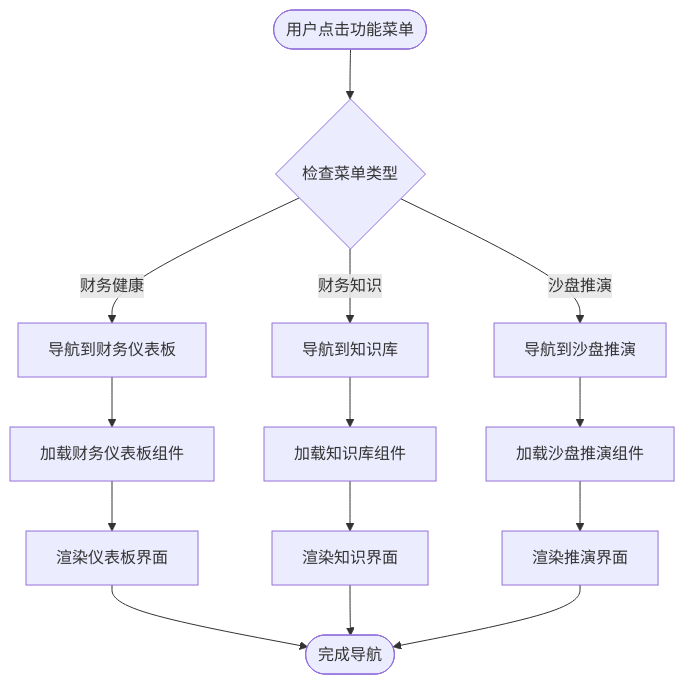
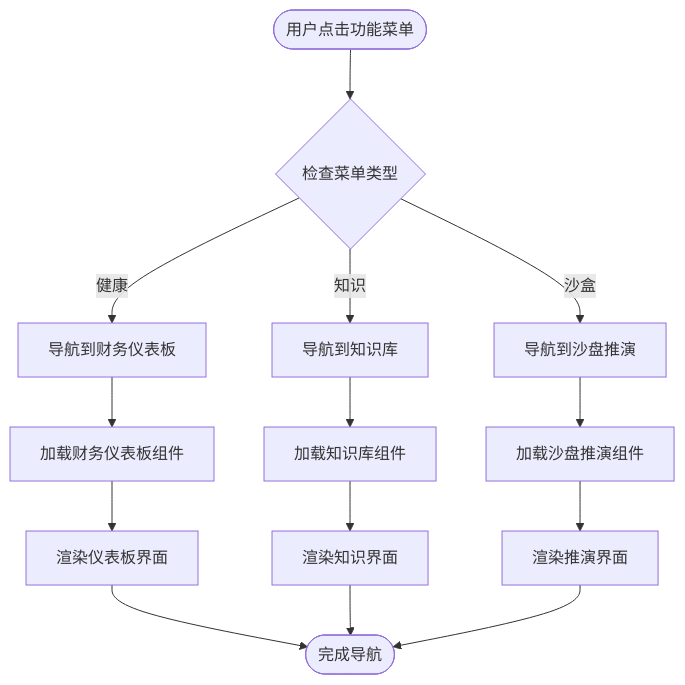
Before and after one commit to xiao-lin-unit/yuan: the fourth of 5 diagrams in .qoder/repowiki/zh/content/More Features.md, drawn with Mermaid. The commit also changed other lines of this file and 11 other files, not shown here.

````diff
--- a/.qoder/repowiki/zh/content/More Features.md
+++ b/.qoder/repowiki/zh/content/More Features.md
@@ -170,16 +193,16 @@
 ```mermaid
 flowchart TD
 Start([用户点击功能菜单]) --> CheckType{"检查菜单类型"}
-CheckType --> |财务健康| NavigateDashboard["导航到财务仪表板"]
-CheckType --> |财务知识| NavigateKnowledge["导航到知识库"]
-CheckType --> |沙盘推演| NavigateSandbox["导航到沙盘推演"]
+CheckType --> |健康| NavigateDashboard["导航到财务仪表板"]
+CheckType --> |知识| NavigateKnowledge["导航到知识库"]
+CheckType --> |沙盒| NavigateSandbox["导航到沙盘推演"]
 NavigateDashboard --> LoadDashboard["加载财务仪表板组件"]
 NavigateKnowledge --> LoadKnowledge["加载知识库组件"]
 NavigateSandbox --> LoadSandbox["加载沙盘推演组件"]
 LoadDashboard --> RenderDashboard["渲染仪表板界面"]
 LoadKnowledge --> RenderKnowledge["渲染知识界面"]
 LoadSandbox --> RenderSandbox["渲染推演界面"]
 RenderDashboard --> End([完成导航])
 RenderKnowledge --> End
 RenderSandbox --> End
 ```
````
